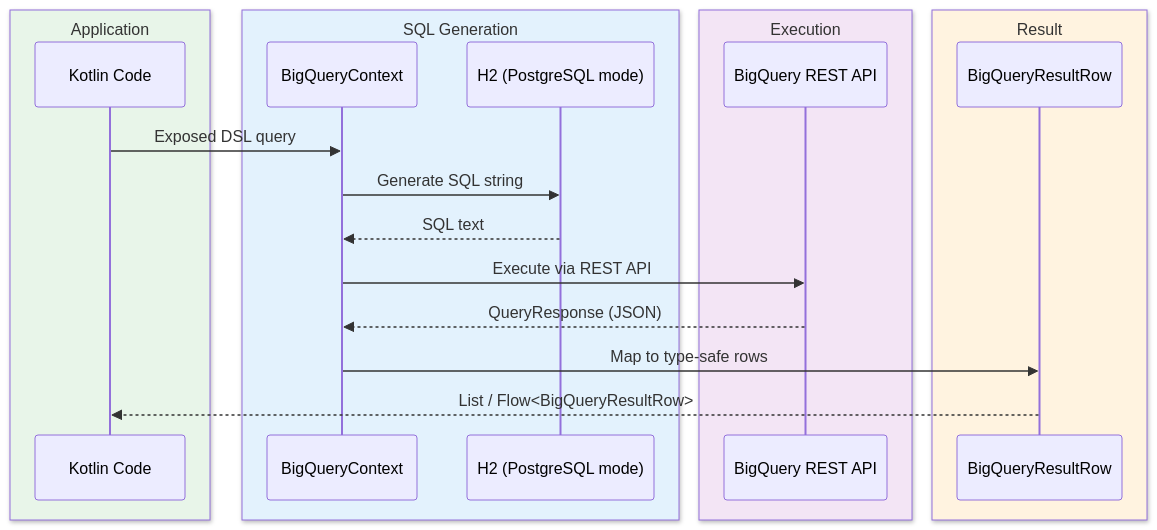
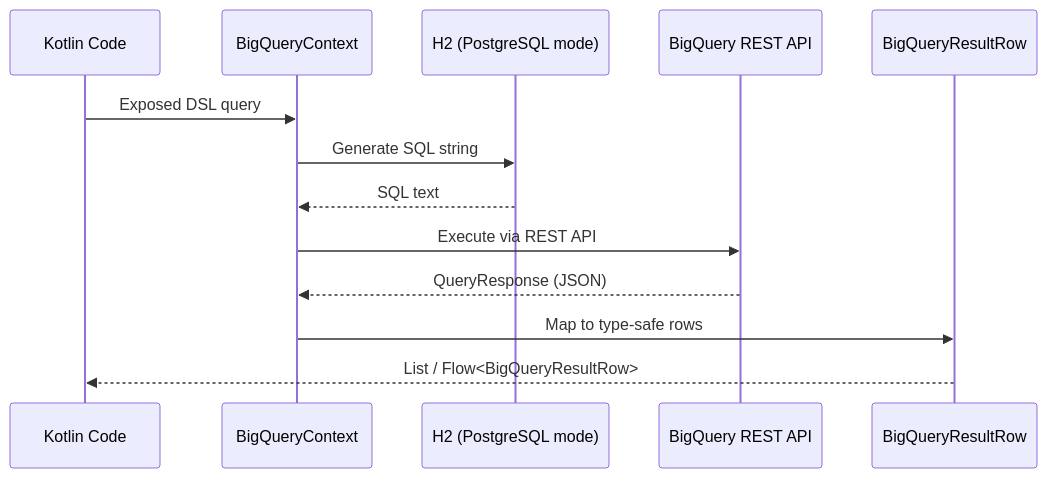
One commit to bluetape4k/bluetape4k-projects changed the second of 2 diagrams in data/exposed-bigquery/README.md. Above: the diagram before and after it, drawn with Mermaid. The commit also changed other lines of this file and 219 other files, not shown here.

First line of the commit message:
docs: 전체 README Mermaid 다이어그램 가이드 적용

````diff
--- a/data/exposed-bigquery/README.md
+++ b/data/exposed-bigquery/README.md
@@ -211,24 +211,16 @@
 ```mermaid
 sequenceDiagram
-    box rgb(232,245,233) Application
         participant App as Kotlin Code
-    end
-    box rgb(227,242,253) SQL Generation
         participant CTX as BigQueryContext
         participant H2 as H2 (PostgreSQL mode)
-    end
-    box rgb(243,229,245) Execution
         participant BQ as BigQuery REST API
-    end
-    box rgb(255,243,224) Result
         participant ROW as BigQueryResultRow
-    end
 
     App->>CTX: Exposed DSL query
     CTX->>H2: Generate SQL string
     H2-->>CTX: SQL text
     CTX->>BQ: Execute via REST API
     BQ-->>CTX: QueryResponse (JSON)
     CTX->>ROW: Map to type-safe rows
     ROW-->>App: List / Flow<BigQueryResultRow>
 ```
````
